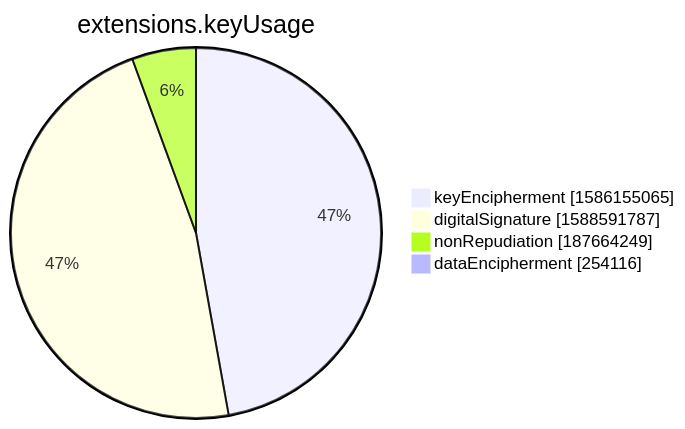
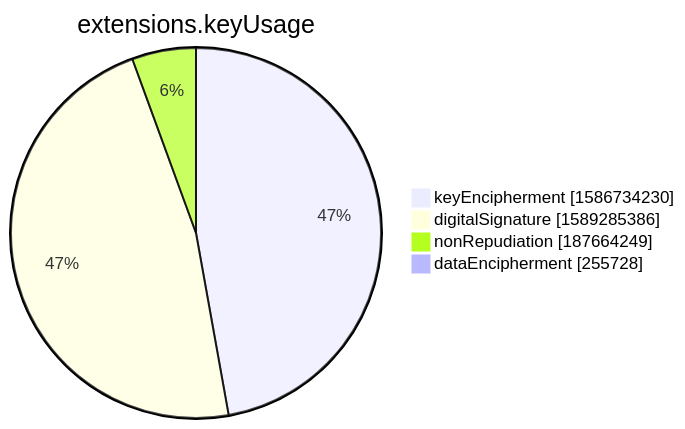
The seventh of 15 diagrams in xenon2022/README.md (christiankrug/ctmonitor_visualization), drawn with Mermaid before and after one commit. The commit also changed other lines of this file, not shown here.

````diff
--- a/xenon2022/README.md
+++ b/xenon2022/README.md
@@ -2854,8 +2854,8 @@
 ```mermaid
 pie showData
 title extensions.keyUsage
-"keyEncipherment" :1586155065
-"digitalSignature" :1588591787
+"keyEncipherment" :1586734230
+"digitalSignature" :1589285386
 "nonRepudiation" :187664249
-"dataEncipherment" :254116
+"dataEncipherment" :255728
 ```
````
